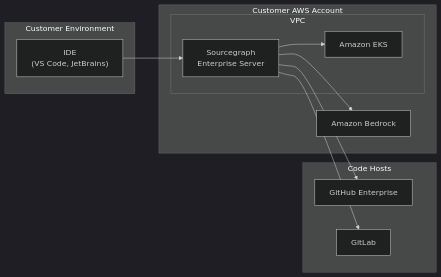
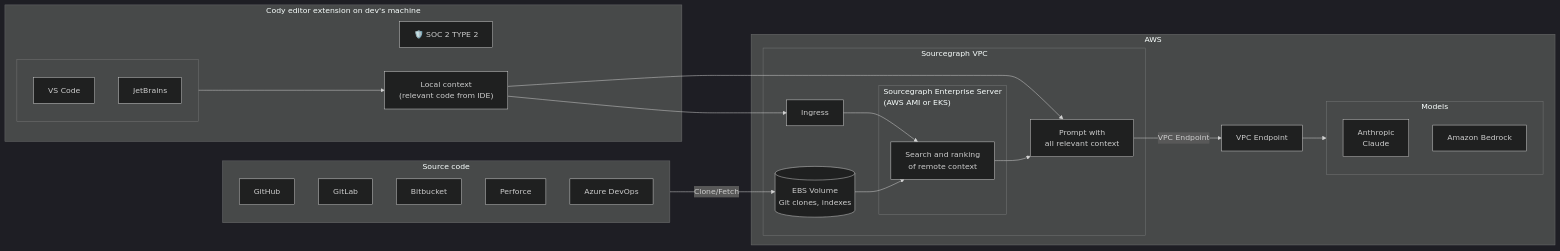
The third of 4 diagrams in docs/admin/architecture.mdx (sourcegraph/docs), drawn with Mermaid (dark theme) before and after one commit. The commit also changed other lines of this file, not shown here.

````diff
--- a/docs/admin/architecture.mdx
+++ b/docs/admin/architecture.mdx
@@ -341,25 +373,45 @@
 ```mermaid
 flowchart LR
-    subgraph CustomerEnv["Customer Environment"]
-        IDE["IDE<br/>(VS Code, JetBrains)"]
+    subgraph DevMachine["Cody editor extension on dev's machine"]
+        SOC2Dev["🛡️ SOC 2 TYPE 2"]
+        LocalCtx["Local context<br/>(relevant code from IDE)"]
+        subgraph IDEs[" "]
+            VSCode["VS Code"]
+            JetBrains["JetBrains"]
+        end
     end
 
-    subgraph CustomerAWS["Customer AWS Account"]
-        subgraph VPC["VPC"]
-            SG["Sourcegraph<br/>Enterprise Server"]
-            EKS["Amazon EKS"]
-        end
-        Bedrock["Amazon Bedrock"]
+    subgraph CodeHosts["Source code"]
+        GitHub["GitHub"]
+        GitLab["GitLab"]
+        Bitbucket["Bitbucket"]
+        Perforce["Perforce"]
+        Azure["Azure DevOps"]
     end
 
-    subgraph CodeHosts["Code Hosts"]
-        GitHub["GitHub Enterprise"]
-        GitLab["GitLab"]
+    subgraph AWS["AWS"]
+        subgraph VPC["Sourcegraph VPC"]
+            Ingress["Ingress"]
+            subgraph SG["Sourcegraph Enterprise Server<br/>(AWS AMI or EKS)"]
+                SearchRank["Search and ranking<br/>of remote context"]
+            end
+            EBS[("EBS Volume<br/>Git clones, indexes")]
+            Prompt["Prompt with<br/>all relevant context"]
+        end
+        VPCEndpoint["VPC Endpoint"]
+        subgraph Models["Models"]
+            Claude["Anthropic<br/>Claude"]
+            Bedrock["Amazon Bedrock"]
+        end
     end
 
-    IDE --> SG
-    SG --> EKS
-    SG --> Bedrock
-    SG --> GitHub
-    SG --> GitLab
+    IDEs --> LocalCtx
+    LocalCtx --> Ingress
+    LocalCtx --> Prompt
+    Ingress --> SearchRank
+    CodeHosts -->|Clone/Fetch| EBS
+    EBS --> SearchRank
+    SearchRank --> Prompt
+    Prompt -->|VPC Endpoint| VPCEndpoint
+    VPCEndpoint --> Models
 ```
````
